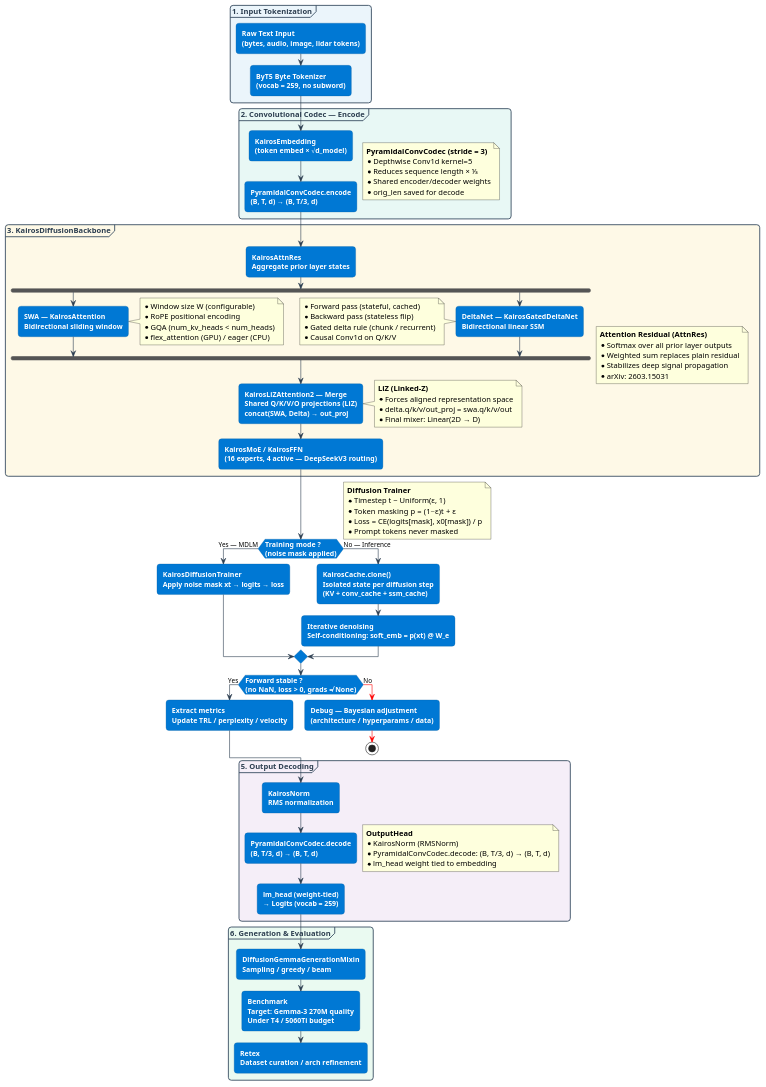
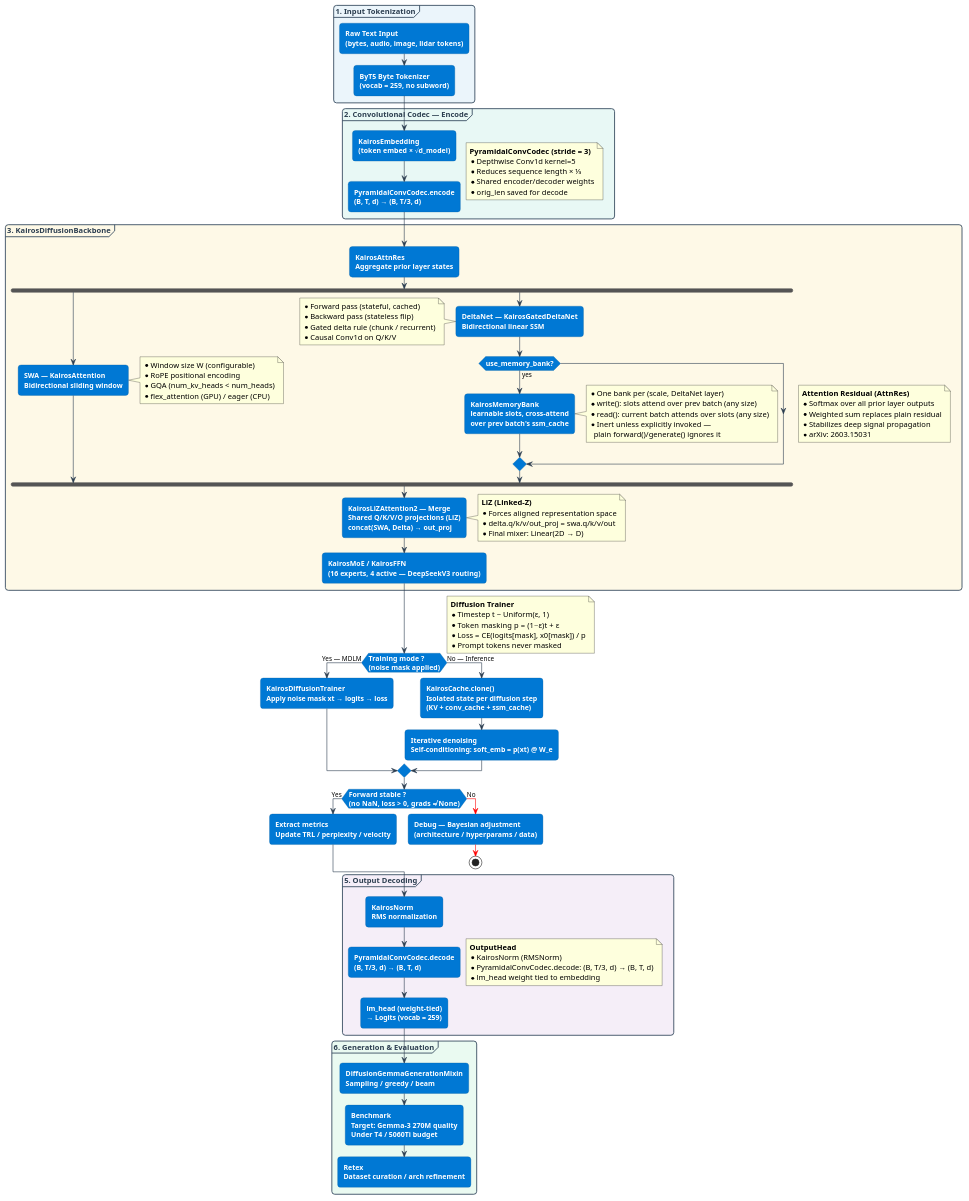
One commit to fabienfrfr/Kairos changed the diagram in docs/kairos_architecture.puml. Above: the diagram before and after it, drawn with PlantUML. The commit also changed 33 other files, not shown here.

First line of the commit message:
feat: Implement KairosMemoryGate (Pooling SSM) (#3)

```diff
--- a/docs/kairos_architecture.puml
+++ b/docs/kairos_architecture.puml
@@ -1,142 +1,152 @@
 @startuml
 skinparam backgroundColor white
 skinparam roundcorner 10
 skinparam arrowColor #2C3E50
 skinparam Shadowing false
 
 skinparam activity {
     BackgroundColor #0078D4
     BorderColor #005A9E
     FontColor white
     FontSize 12
     FontStyle bold
 }
 
 skinparam partition {
     BorderColor #34495E
     FontColor #2C3E50
     FontSize 13
     FontStyle bold
 }
 
 ' ─────────────────────────────────────────
 ' 1. INPUT
 ' ─────────────────────────────────────────
 partition "1. Input Tokenization" #EBF5FB {
     :Raw Text Input\n(bytes, audio, image, lidar tokens);
     :ByT5 Byte Tokenizer\n(vocab = 259, no subword);
 }
 
 ' ─────────────────────────────────────────
 ' 2. CODEC
 ' ─────────────────────────────────────────
 partition "2. Convolutional Codec — Encode" #E8F8F5 {
     note right
         **PyramidalConvCodec (stride = 3)**
         * Depthwise Conv1d kernel=5
         * Reduces sequence length × ⅓
         * Shared encoder/decoder weights
         * orig_len saved for decode
     end note
     :KairosEmbedding\n(token embed × √d_model);
     :PyramidalConvCodec.encode\n(B, T, d) → (B, T/3, d);
 }
 
 ' ─────────────────────────────────────────
 ' 3. BACKBONE
 ' ─────────────────────────────────────────
 partition "3. KairosDiffusionBackbone" #FEF9E7 {
     note right
         **Attention Residual (AttnRes)**
         * Softmax over all prior layer outputs
         * Weighted sum replaces plain residual
         * Stabilizes deep signal propagation
         * arXiv: 2603.15031
     end note
     :KairosAttnRes\nAggregate prior layer states;
 
     fork
         ' ── LEFT: SWA ──
         :SWA — KairosAttention\nBidirectional sliding window;
         note right
             * Window size W (configurable)
             * RoPE positional encoding
             * GQA (num_kv_heads < num_heads)
             * flex_attention (GPU) / eager (CPU)
         end note
     fork again
         ' ── RIGHT: DeltaNet ──
         :DeltaNet — KairosGatedDeltaNet\nBidirectional linear SSM;
         note left
             * Forward pass (stateful, cached)
             * Backward pass (stateless flip)
             * Gated delta rule (chunk / recurrent)
             * Causal Conv1d on Q/K/V
         end note
+        if (use_memory_bank?) then (yes)
+            :KairosMemoryBank\nlearnable slots, cross-attend\nover prev batch's ssm_cache;
+            note right
+                * One bank per (scale, DeltaNet layer)
+                * write(): slots attend over prev batch (any size)
+                * read(): current batch attends over slots (any size)
+                * Inert unless explicitly invoked —
+                  plain forward()/generate() ignores it
+            end note
+        endif
     end fork
 
     :KairosLiZAttention2 — Merge\nShared Q/K/V/O projections (LiZ)\nconcat(SWA, Delta) → out_proj;
     note right
         **LiZ (Linked-Z)**
         * Forces aligned representation space
         * delta.q/k/v/out_proj = swa.q/k/v/out
         * Final mixer: Linear(2D → D)
     end note
 
     :KairosMoE / KairosFFN\n(16 experts, 4 active — DeepSeekV3 routing);
 }
 
 ' ─────────────────────────────────────────
 ' 4. DIFFUSION LOOP
 ' ─────────────────────────────────────────
 if (Training mode ?\n(noise mask applied)) then (Yes — MDLM)
     note right
         **Diffusion Trainer**
         * Timestep t ~ Uniform(ε, 1)
         * Token masking p = (1−ε)t + ε
         * Loss = CE(logits[mask], x0[mask]) / p
         * Prompt tokens never masked
     end note
     :KairosDiffusionTrainer\nApply noise mask xt → logits → loss;
 else (No — Inference)
     :KairosCache.clone()\nIsolated state per diffusion step\n(KV + conv_cache + ssm_cache);
     :Iterative denoising\nSelf-conditioning: soft_emb = p(xt) @ W_e;
 endif
 
 ' ─────────────────────────────────────────
 ' 5. VALIDATION GATE
 ' ─────────────────────────────────────────
 if (Forward stable ?\n(no NaN, loss > 0, grads ≠ None)) then (Yes)
     :Extract metrics\nUpdate TRL / perplexity / velocity;
 else (No)
     -[#red]->
     :Debug — Bayesian adjustment\n(architecture / hyperparams / data);
     -[#red]->
     stop
 endif
 
 ' ─────────────────────────────────────────
 ' 6. OUTPUT
 ' ─────────────────────────────────────────
 partition "5. Output Decoding" #F5EEF8 {
     note right
         **OutputHead**
         * KairosNorm (RMSNorm)
         * PyramidalConvCodec.decode: (B, T/3, d) → (B, T, d)
         * lm_head weight tied to embedding
     end note
     :KairosNorm\nRMS normalization;
     :PyramidalConvCodec.decode\n(B, T/3, d) → (B, T, d);
     :lm_head (weight-tied)\n→ Logits (vocab = 259);
 }
 
 ' ─────────────────────────────────────────
 ' 7. CLOSE
 ' ─────────────────────────────────────────
 partition "6. Generation & Evaluation" #EAFAF1 {
     :DiffusionGemmaGenerationMixin\nSampling / greedy / beam;
     :Benchmark\nTarget: Gemma-3 270M quality\nUnder T4 / 5060Ti budget;
     :Retex\nDataset curation / arch refinement;
 }
 
 @enduml
```
